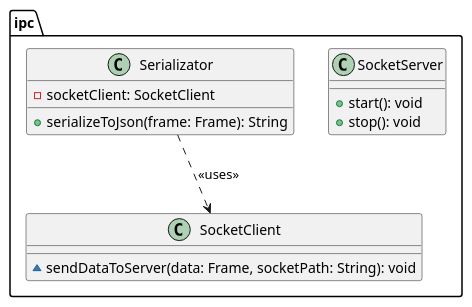
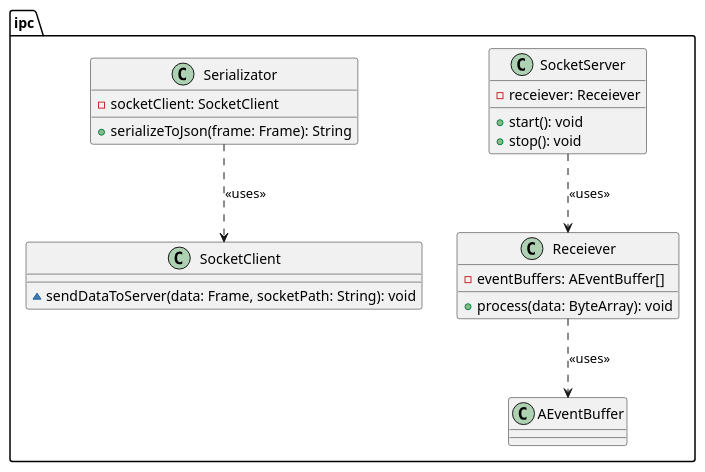
Before and after one commit to Pending-Name-21/arquitecture: the diagram in uml/frontend-software-system/ipc.puml, drawn with PlantUML. The commit also changed 2 other files, not shown here.

```diff
--- a/uml/frontend-software-system/ipc.puml
+++ b/uml/frontend-software-system/ipc.puml
@@ -1,20 +1,34 @@
 @startuml
 package ipc {
+/'
+------------------------------
+Server
+------------------------------
+'/
+    ' The channel
     class SocketServer {
+        -receiever: Receiever
         +start(): void
         +stop(): void
     }
+    SocketServer ..> Receiever: <<uses>>
+
+    class Receiever {
+        -eventBuffers: AEventBuffer[]
+        +process(data: ByteArray): void
+    }
+    Receiever ..> AEventBuffer: <<uses>>
 
     ' The channel
     class SocketClient {
         ~sendDataToServer(data: Frame, socketPath: String): void
     }
 
     ' The transmitter
     class Serializator {
         -socketClient: SocketClient
         +serializeToJson(frame: Frame): String
     }
     Serializator ..> SocketClient: <<uses>>
 }
 @enduml
```
